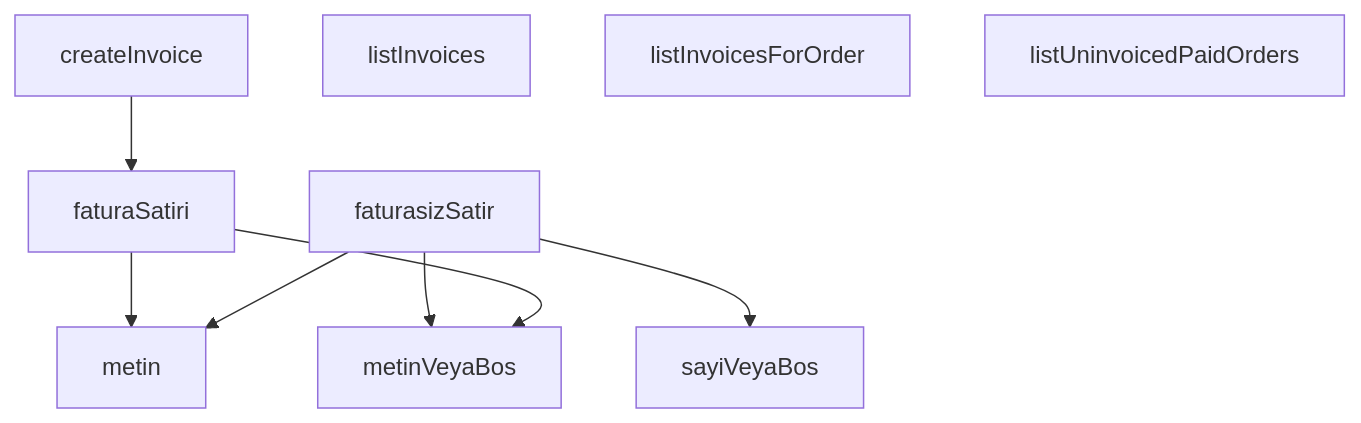
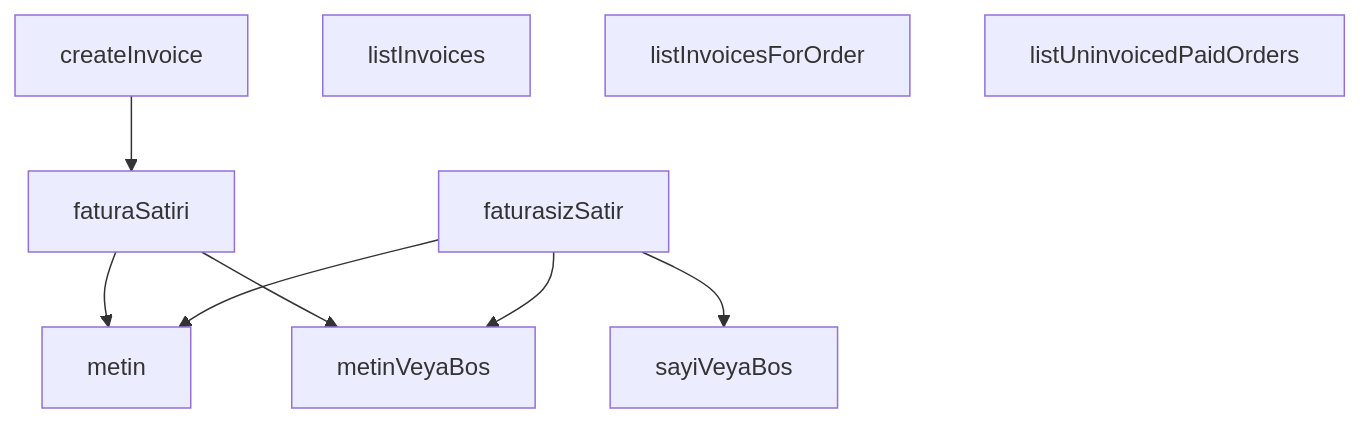
Before and after one commit to peckop/venthub-hvac-esite: the diagram in src/lib/services/orderInvoice.service.md, drawn with Mermaid. The commit also changed other lines of this file and 189 other files, not shown here.

````diff
--- a/src/lib/services/orderInvoice.service.md
+++ b/src/lib/services/orderInvoice.service.md
@@ -251,18 +190,18 @@
 ```mermaid
 graph TD
     orderInvoice_service_ts__createInvoice["createInvoice"]
     orderInvoice_service_ts__faturaSatiri["faturaSatiri"]
     orderInvoice_service_ts__faturasizSatir["faturasizSatir"]
     orderInvoice_service_ts__listInvoices["listInvoices"]
     orderInvoice_service_ts__listInvoicesForOrder["listInvoicesForOrder"]
     orderInvoice_service_ts__listUninvoicedPaidOrders["listUninvoicedPaidOrders"]
     orderInvoice_service_ts__metin["metin"]
     orderInvoice_service_ts__metinVeyaBos["metinVeyaBos"]
     orderInvoice_service_ts__sayiVeyaBos["sayiVeyaBos"]
-    orderInvoice_service_ts__faturasizSatir --> orderInvoice_service_ts__metinVeyaBos
+    orderInvoice_service_ts__faturasizSatir --> orderInvoice_service_ts__sayiVeyaBos
     orderInvoice_service_ts__faturaSatiri --> orderInvoice_service_ts__metin
-    orderInvoice_service_ts__faturasizSatir --> orderInvoice_service_ts__sayiVeyaBos
     orderInvoice_service_ts__faturasizSatir --> orderInvoice_service_ts__metin
     orderInvoice_service_ts__createInvoice --> orderInvoice_service_ts__faturaSatiri
     orderInvoice_service_ts__faturaSatiri --> orderInvoice_service_ts__metinVeyaBos
+    orderInvoice_service_ts__faturasizSatir --> orderInvoice_service_ts__metinVeyaBos
 ```
````
